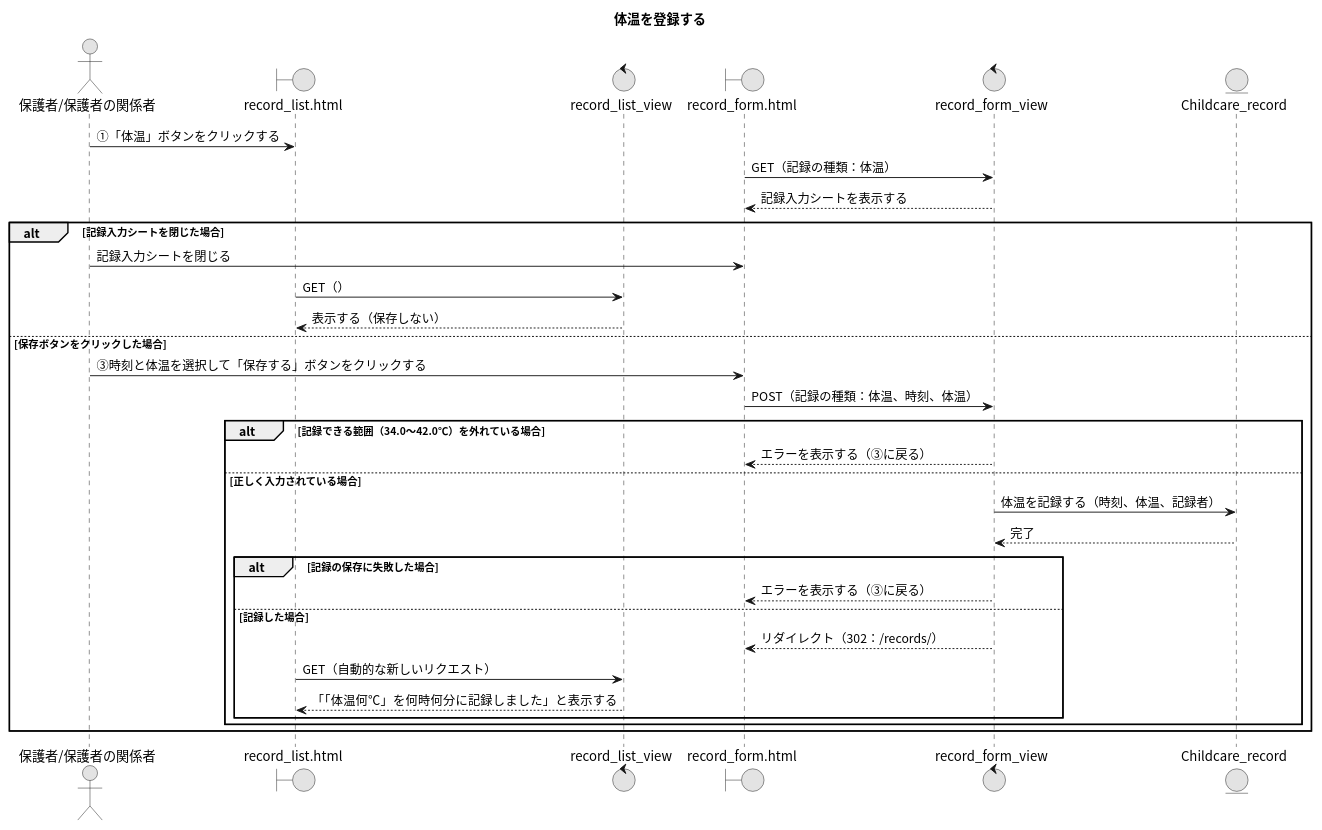
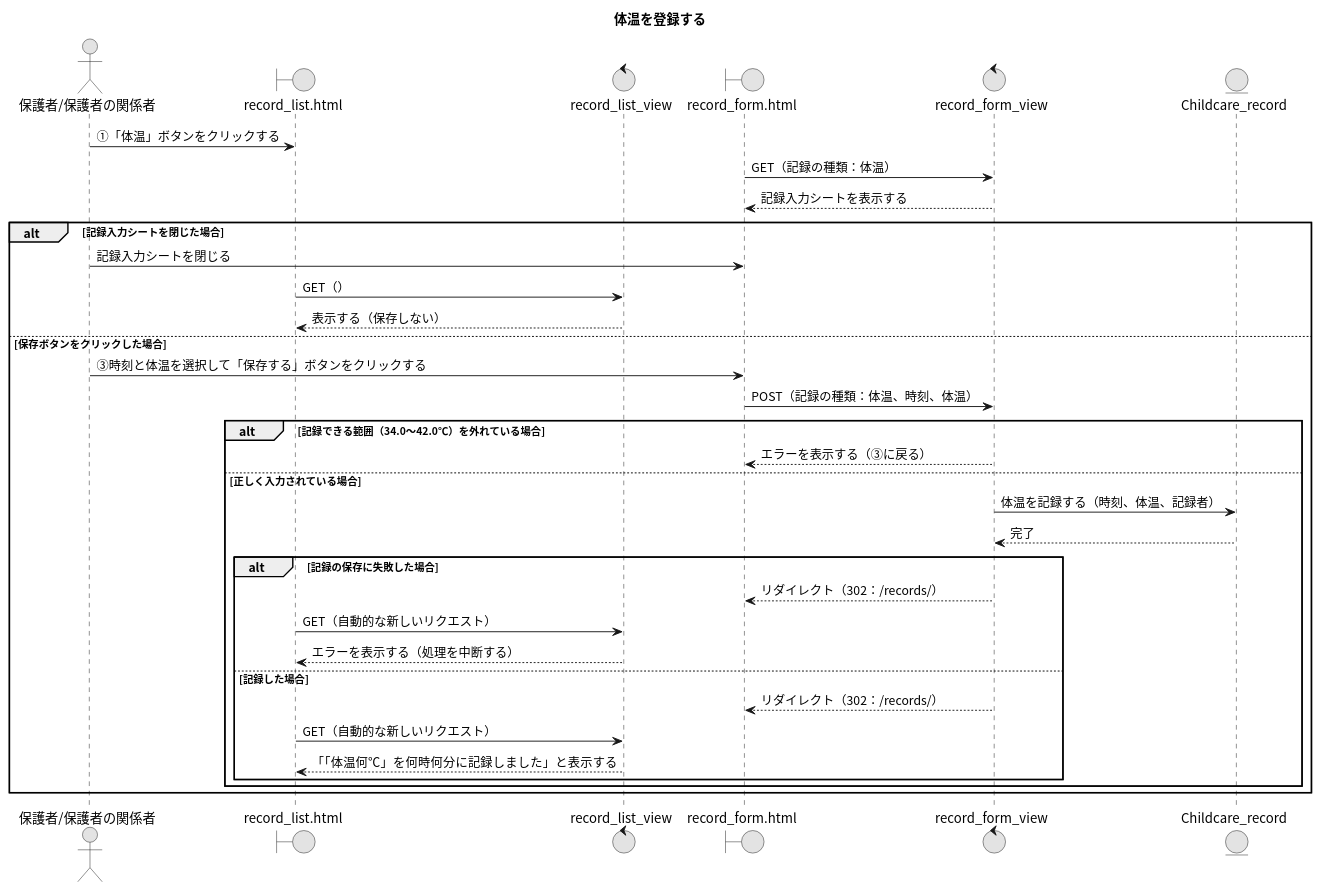
The diagram in 31_体温を登録する.puml (Ma2naga190330/26_sotugyou_puml), drawn with PlantUML before and after one commit. The commit also changed 13 other files, not shown here.

```diff
--- a/31_体温を登録する.puml
+++ b/31_体温を登録する.puml
@@ -1,38 +1,40 @@
 @startuml
 title 体温を登録する
 skinparam defaultFontName "Noto Sans CJK JP"
 skinparam monochrome true
 
 actor "保護者/保護者の関係者" as A
 boundary "record_list.html" as RLP
 control "record_list_view" as RLV
 boundary "record_form.html" as RFP
 control "record_form_view" as RFV
 entity "Childcare_record" as CRM
 
 A -> RLP : ①「体温」ボタンをクリックする
 RFP -> RFV : GET（記録の種類：体温）
 RFV --> RFP : 記録入力シートを表示する
 
 alt 記録入力シートを閉じた場合
   A -> RFP : 記録入力シートを閉じる
   RLP -> RLV : GET（）
   RLV --> RLP : 表示する（保存しない）
 else 保存ボタンをクリックした場合
   A -> RFP : ③時刻と体温を選択して「保存する」ボタンをクリックする
   RFP -> RFV : POST（記録の種類：体温、時刻、体温）
   alt 記録できる範囲（34.0〜42.0℃）を外れている場合
     RFV --> RFP : エラーを表示する（③に戻る）
   else 正しく入力されている場合
     RFV -> CRM : 体温を記録する（時刻、体温、記録者）
     RFV <-- CRM : 完了
     alt 記録の保存に失敗した場合
-      RFV --> RFP : エラーを表示する（③に戻る）
+      RFV --> RFP : リダイレクト（302：/records/）
+      RLP -> RLV : GET（自動的な新しいリクエスト）
+      RLV --> RLP : エラーを表示する（処理を中断する）
     else 記録した場合
       RFV --> RFP : リダイレクト（302：/records/）
       RLP -> RLV : GET（自動的な新しいリクエスト）
       RLV --> RLP : 「「体温何℃」を何時何分に記録しました」と表示する
     end
   end
 end
 @enduml
```
